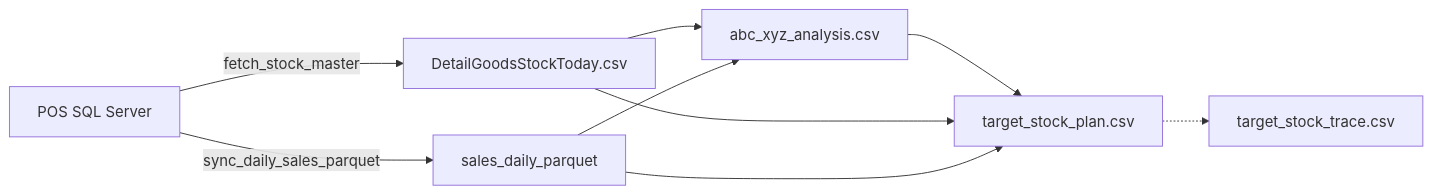
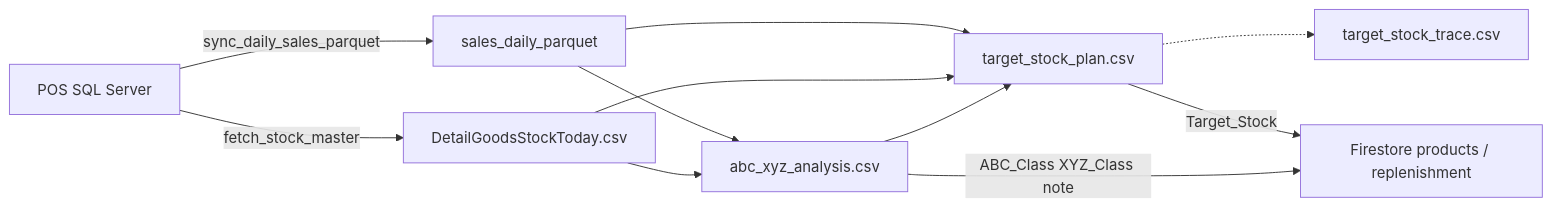
Before and after one commit to chengchakkwong/POS-Data-Analytics-Pipeline: the first of 3 diagrams in docs/ANALYTICS_PIPELINE.md, drawn with Mermaid. The commit also changed other lines of this file and 7 other files, not shown here.

Commit message:
feat(analytics): upload classification and target stock to Firestore

````diff
--- a/docs/ANALYTICS_PIPELINE.md
+++ b/docs/ANALYTICS_PIPELINE.md
@@ -23,18 +23,21 @@
 ```mermaid
 flowchart LR
   PosDB["POS SQL Server"]
   Stock["DetailGoodsStockToday.csv"]
   Sales["sales_daily_parquet"]
   Labels["abc_xyz_analysis.csv"]
   Plan["target_stock_plan.csv"]
   Trace["target_stock_trace.csv"]
+  FS["Firestore products / replenishment"]
 
   PosDB -->|fetch_stock_master| Stock
   PosDB -->|sync_daily_sales_parquet| Sales
   Stock --> Labels
   Sales --> Labels
   Labels --> Plan
   Stock --> Plan
   Sales --> Plan
   Plan -.-> Trace
+  Labels -->|ABC_Class XYZ_Class note| FS
+  Plan -->|Target_Stock| FS
 ```
````
